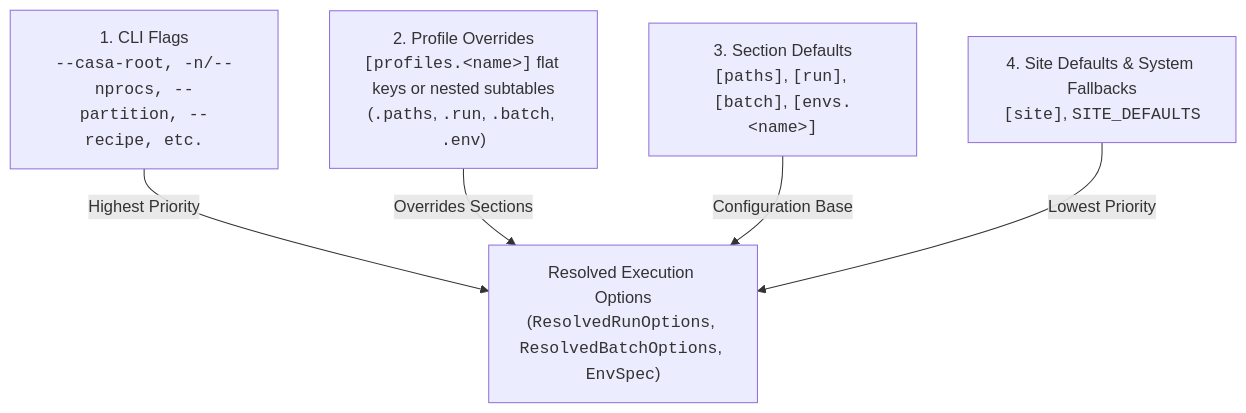
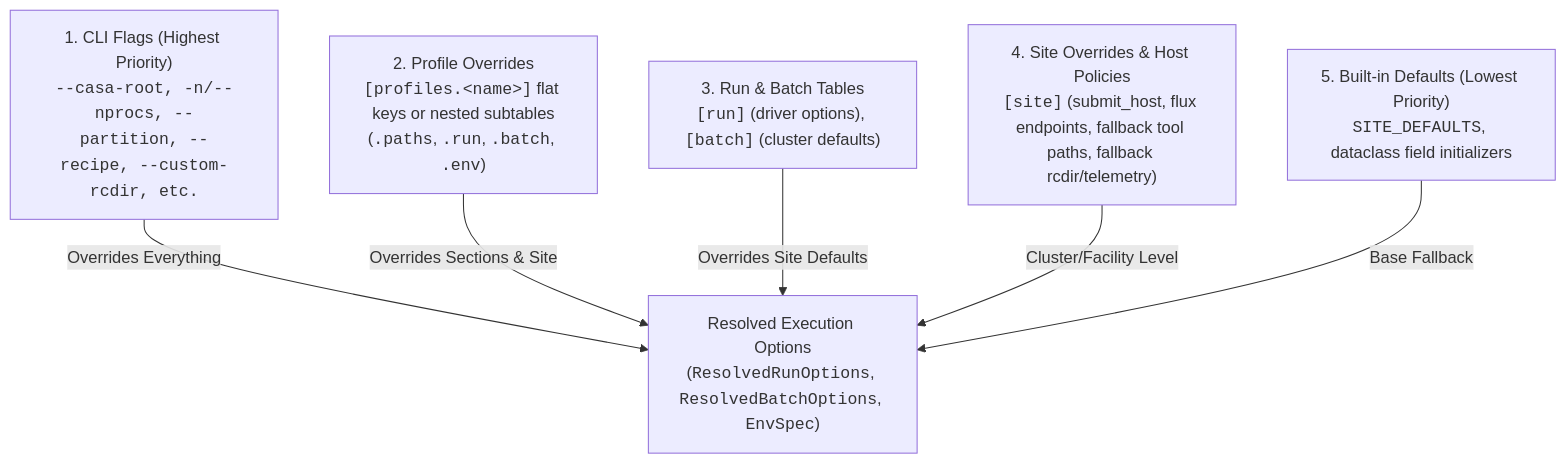
The second of 5 diagrams in docs/guide.md (ra-pipeline/calibpipe), drawn with Mermaid before and after one commit. The commit also changed other lines of this file and 13 other files, not shown here.

First line of the commit message:
refactor: decouple batch cores and run nprocs

````diff
--- a/docs/guide.md
+++ b/docs/guide.md
@@ -231,13 +231,15 @@
 ```mermaid
 flowchart TD
-    CLI["1. CLI Flags<br/><code>--casa-root, -n/--nprocs, --partition, --recipe, etc.</code>"]
+    CLI["1. CLI Flags (Highest Priority)<br/><code>--casa-root, -n/--nprocs, --partition, --recipe, --custom-rcdir, etc.</code>"]
     Prof["2. Profile Overrides<br/><code>[profiles.&lt;name&gt;]</code> flat keys or nested subtables<br/>(<code>.paths</code>, <code>.run</code>, <code>.batch</code>, <code>.env</code>)"]
-    Sec["3. Section Defaults<br/><code>[paths]</code>, <code>[run]</code>, <code>[batch]</code>, <code>[envs.&lt;name&gt;]</code>"]
-    Site["4. Site Defaults &amp; System Fallbacks<br/><code>[site]</code>, <code>SITE_DEFAULTS</code>"]
+    RunBatch["3. Run &amp; Batch Tables<br/><code>[run]</code> (driver options), <code>[batch]</code> (cluster defaults)"]
+    Site["4. Site Overrides &amp; Host Policies<br/><code>[site]</code> (submit_host, flux endpoints, fallback tool paths, fallback rcdir/telemetry)"]
+    Builtin["5. Built-in Defaults (Lowest Priority)<br/><code>SITE_DEFAULTS</code>, dataclass field initializers"]
     Resolved["Resolved Execution Options<br/>(<code>ResolvedRunOptions</code>, <code>ResolvedBatchOptions</code>, <code>EnvSpec</code>)"]
 
-    CLI -->|Highest Priority| Resolved
-    Prof -->|Overrides Sections| Resolved
-    Sec -->|Configuration Base| Resolved
-    Site -->|Lowest Priority| Resolved
+    CLI -->|Overrides Everything| Resolved
+    Prof -->|Overrides Sections &amp; Site| Resolved
+    RunBatch -->|Overrides Site Defaults| Resolved
+    Site -->|Cluster/Facility Level| Resolved
+    Builtin -->|Base Fallback| Resolved
 ```
````
